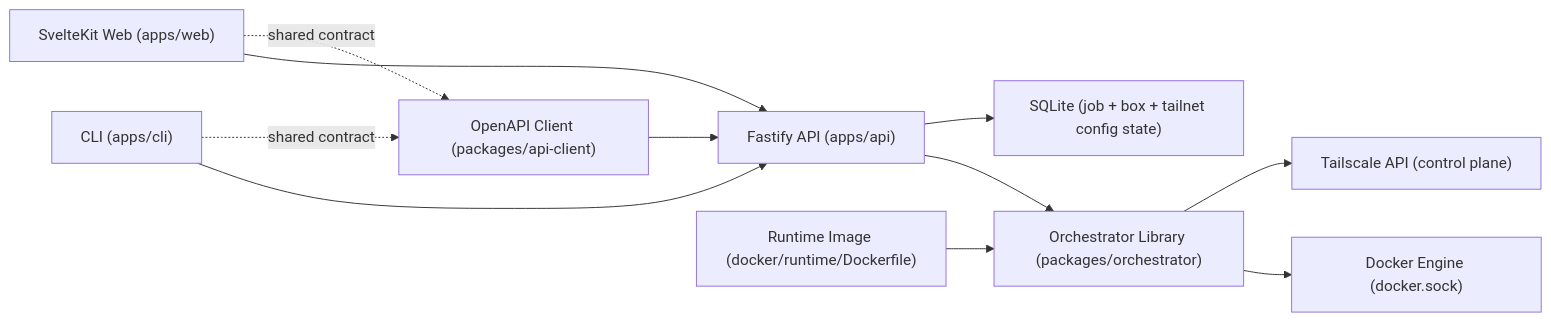
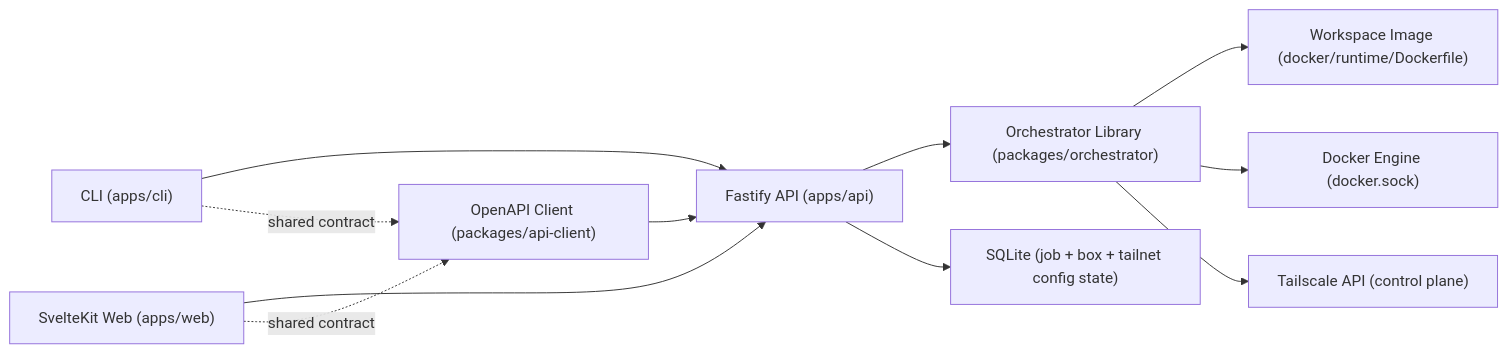
Before and after one commit to koonweee/devcontainer: the diagram in ARCHITECTURE.md, drawn with Mermaid. The commit also changed other lines of this file and 29 other files, not shown here.

````diff
--- a/ARCHITECTURE.md
+++ b/ARCHITECTURE.md
@@ -5,13 +5,13 @@
 ```mermaid
 flowchart LR
   CLI["CLI (apps/cli)"] --> API["Fastify API (apps/api)"]
   WEB["SvelteKit Web (apps/web)"] --> API
   API --> ORCH["Orchestrator Library (packages/orchestrator)"]
-  IMG["Runtime Image (docker/runtime/Dockerfile)"] --> ORCH
+  ORCH --> WORKIMG["Workspace Image (docker/runtime/Dockerfile)"]
   ORCH --> DOCKER["Docker Engine (docker.sock)"]
   API --> SQLITE["SQLite (job + box + tailnet config state)"]
   ORCH --> TS["Tailscale API (control plane)"]
   WEB -. shared contract .-> CLIENT["OpenAPI Client (packages/api-client)"]
   CLI -. shared contract .-> CLIENT
   CLIENT --> API
 ```
````
